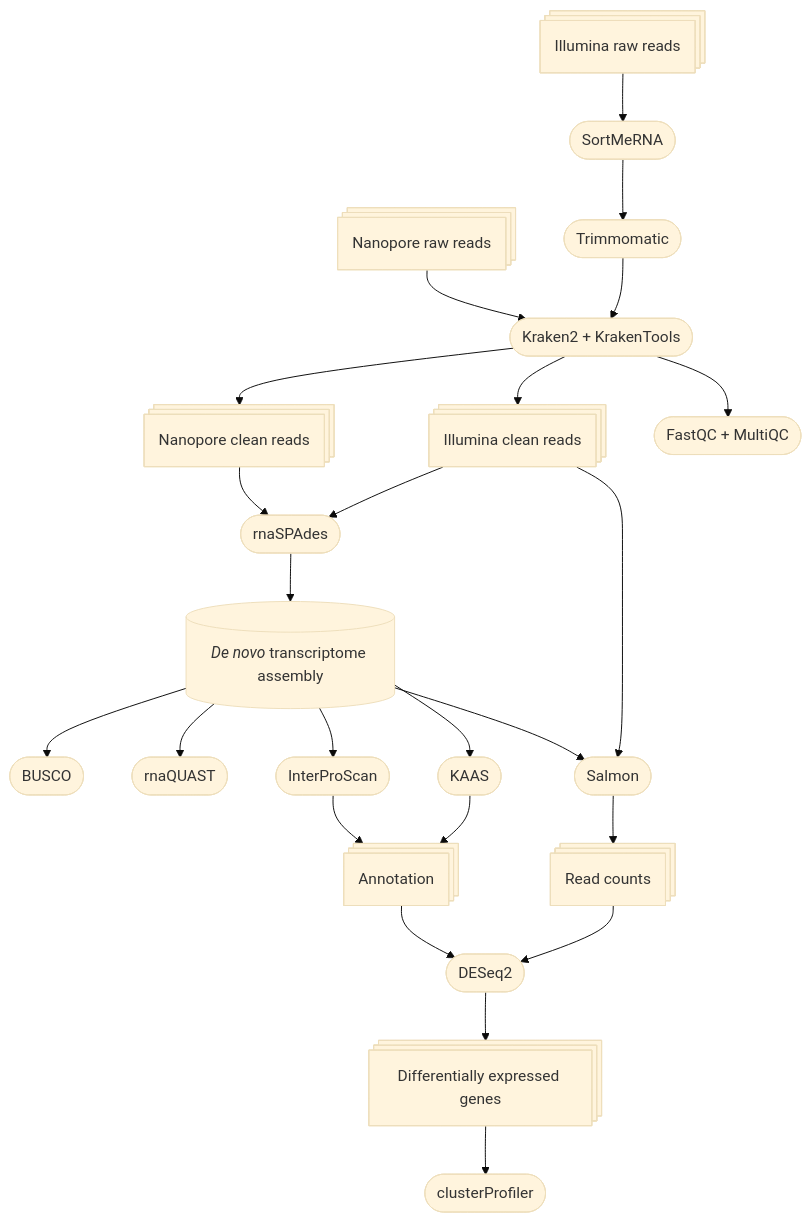
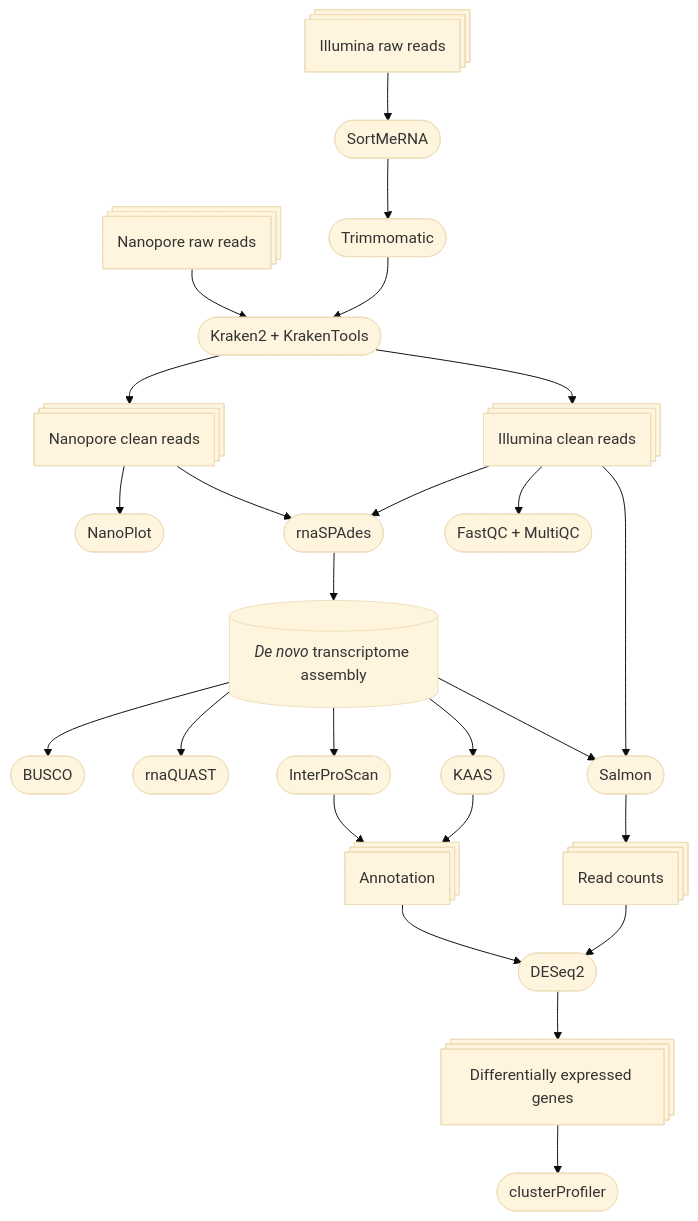
One commit to kuprinak/Phragmites_drought_RNAseq changed the diagram in README.md. Above: the diagram before and after it, drawn with Mermaid (base theme). The commit also changed other lines of this file, not shown here.

````diff
--- a/README.md
+++ b/README.md
@@ -18,26 +18,28 @@
 ```mermaid
 flowchart TB
     A@{shape: procs, label: "Illumina raw reads"} --> B([SortMeRNA]);
 AA@{shape: procs, label: "Nanopore raw reads"} --> K([rnaSPAdes]);
     B --> C([Trimmomatic]);
     C --> K([Kraken2 + KrakenTools]);
     K --> F@{shape: procs, label: "Illumina clean reads"};
     K --> F2@{shape: procs, label: "Nanopore clean reads"};
+    F2 --> NP([NanoPlot]);
     F2 --> G([rnaSPAdes]);
     F --> G([rnaSPAdes]);
     G -->T@{shape: cyl, label: "_De novo_ transcriptome assembly"};
     T --> BU([BUSCO]);
     T --> Q([rnaQUAST]);
     T --> I([InterProScan]);
     I --> An@{shape: procs, label: "Annotation"};
     KAAS --> An@{shape: procs, label: "Annotation"};
     An --> R;
+    F --> E([FastQC + MultiQC]);
     T --> KAAS([KAAS]);  
     T --> S([Salmon]);
     F --> S([Salmon]);
     S --> q@{shape: procs, label: "Read counts"};
     q --> R([DESeq2]);
     R --> DEG@{shape: procs, label: "Differentially expressed genes"};
-    DEG --> cl([clusterProfiler]);
-    K --> E([FastQC + MultiQC])
+    DEG --> cl([clusterProfiler])
+   
 ```
````
